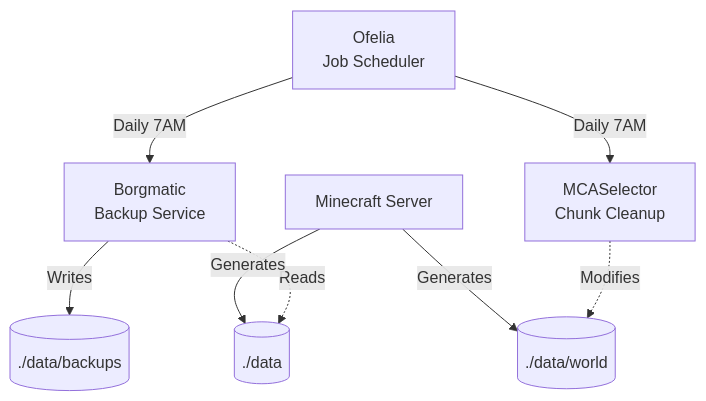
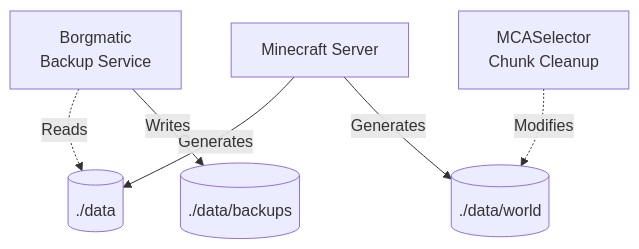
Before and after one commit to AbbyNode/game-server-tools-docker: the diagram in setup/docs/Architecture.md, drawn with Mermaid. The commit also changed other lines of this file and 14 other files, not shown here.

````diff
--- a/setup/docs/Architecture.md
+++ b/setup/docs/Architecture.md
@@ -5,17 +5,13 @@
 ```mermaid
 graph TB
-    Ofelia[Ofelia<br/>Job Scheduler]
     Borgmatic[Borgmatic<br/>Backup Service]
     MCASelector[MCASelector<br/>Chunk Cleanup]
     Minecraft[Minecraft Server]
-    
-    Ofelia -->|Daily 7AM| Borgmatic
-    Ofelia -->|Daily 7AM| MCASelector
     
     Borgmatic -.->|Reads| Data[(./data)]
     MCASelector -.->|Modifies| World[(./data/world)]
     Minecraft -->|Generates| Data
     Minecraft -->|Generates| World
     
     Borgmatic -->|Writes| Backups[(./data/backups)]
 ```
````
